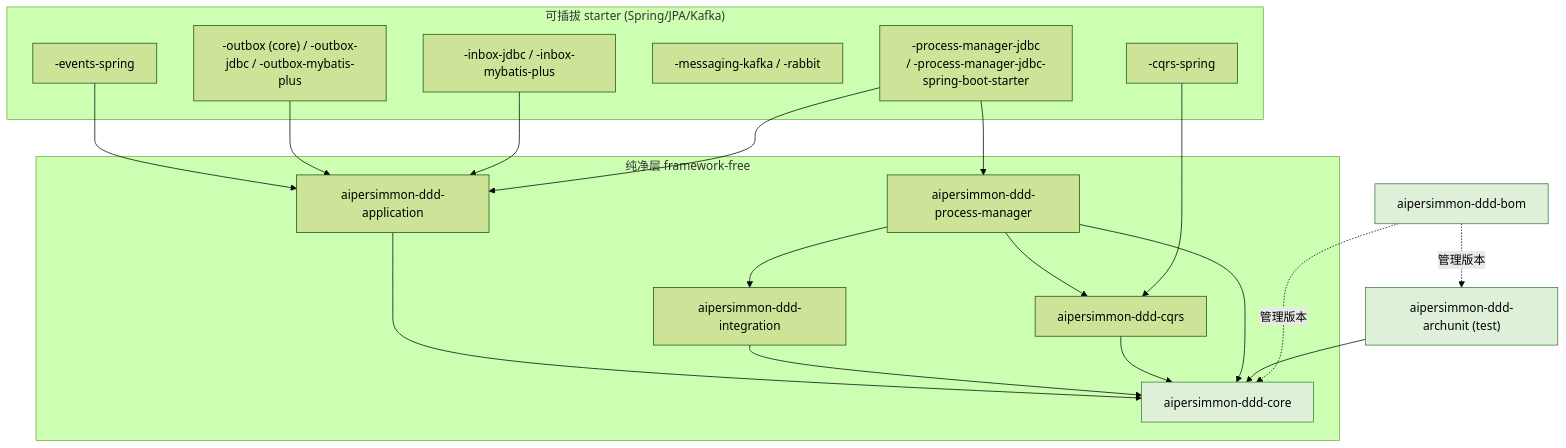
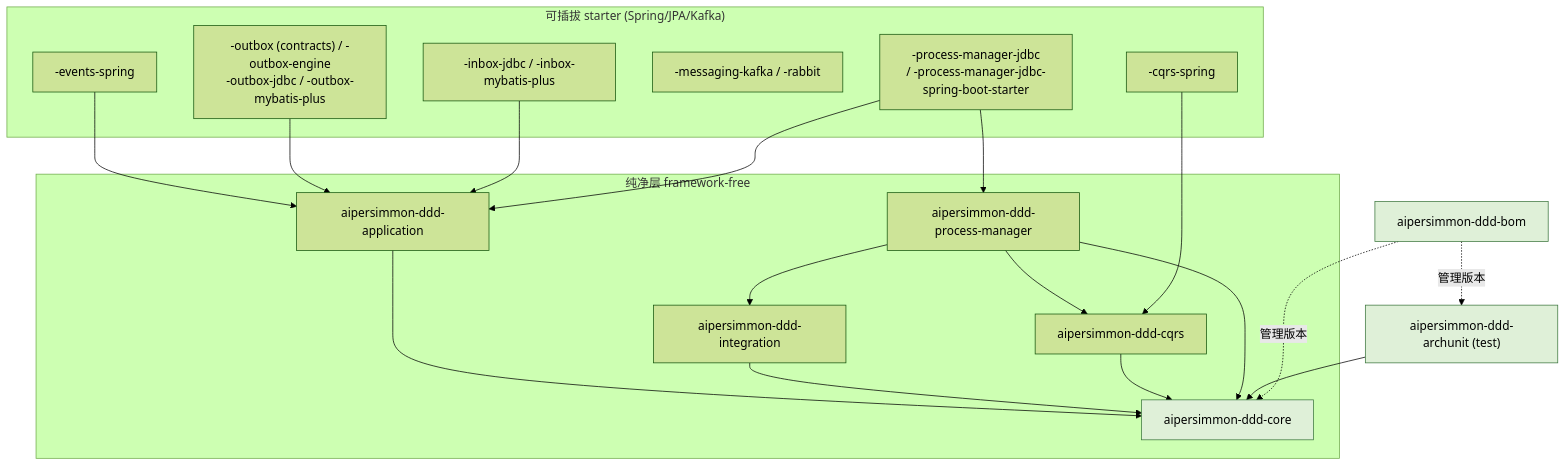
The first of 2 diagrams in docs/design/design-00001-aipersimmon-ddd-and-scaffold.md (ryan-alexander-zhang/ai-native-project-template), drawn with Mermaid (forest theme) before and after one commit. The commit also changed other lines of this file and 4 other files, not shown here.

First line of the commit message:
docs: record the outbox engine extraction

````diff
--- a/docs/design/design-00001-aipersimmon-ddd-and-scaffold.md
+++ b/docs/design/design-00001-aipersimmon-ddd-and-scaffold.md
@@ -57,39 +57,39 @@
 ```mermaid
 flowchart TD
   subgraph pure["纯净层 framework-free"]
     core["aipersimmon-ddd-core"]
     app["aipersimmon-ddd-application"]
     integ["aipersimmon-ddd-integration"]
     cqrs["aipersimmon-ddd-cqrs"]
     processManager["aipersimmon-ddd-process-manager"]
   end
   subgraph starter["可插拔 starter (Spring/JPA/Kafka)"]
     events["-events-spring"]
-    outbox["-outbox (core) / -outbox-jdbc / -outbox-mybatis-plus"]
+    outbox["-outbox (contracts) / -outbox-engine<br/>-outbox-jdbc / -outbox-mybatis-plus"]
     inbox["-inbox-jdbc / -inbox-mybatis-plus"]
     msg["-messaging-kafka / -rabbit"]
     cqrsSpring["-cqrs-spring"]
     processManagerJdbc["-process-manager-jdbc<br/>/ -process-manager-jdbc-spring-boot-starter"]
   end
   arch["aipersimmon-ddd-archunit (test)"]
   bom["aipersimmon-ddd-bom"]
 
   app --> core
   integ --> core
   cqrs --> core
   processManager --> core
   processManager --> cqrs
   processManager --> integ
   events --> app
   outbox --> app
   inbox --> app
   cqrsSpring --> cqrs
   processManagerJdbc --> processManager
   processManagerJdbc --> app
   arch --> core
   bom -. 管理版本 .-> core
   bom -. 管理版本 .-> arch
 
   classDef p1 fill:#dff0d8,stroke:#3c763d;
   class core,arch,bom p1
 ```
````
